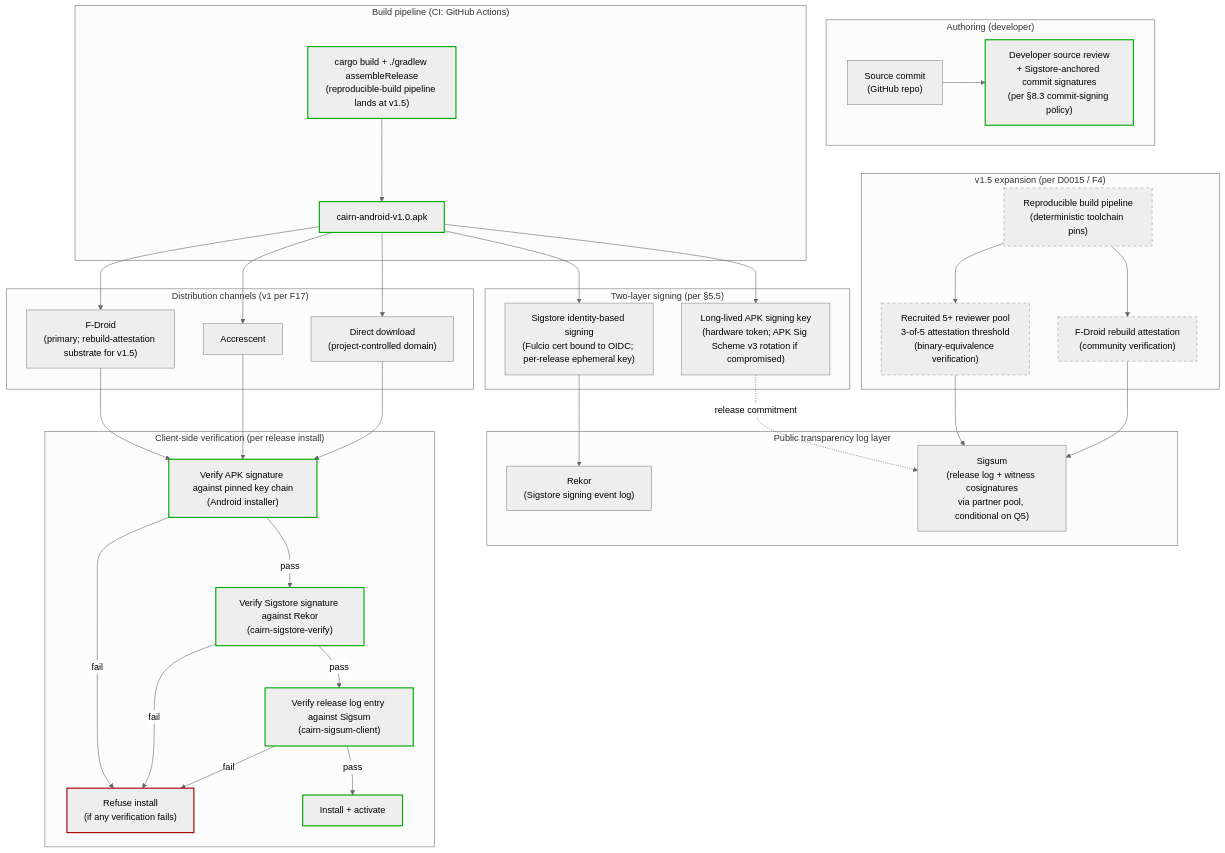
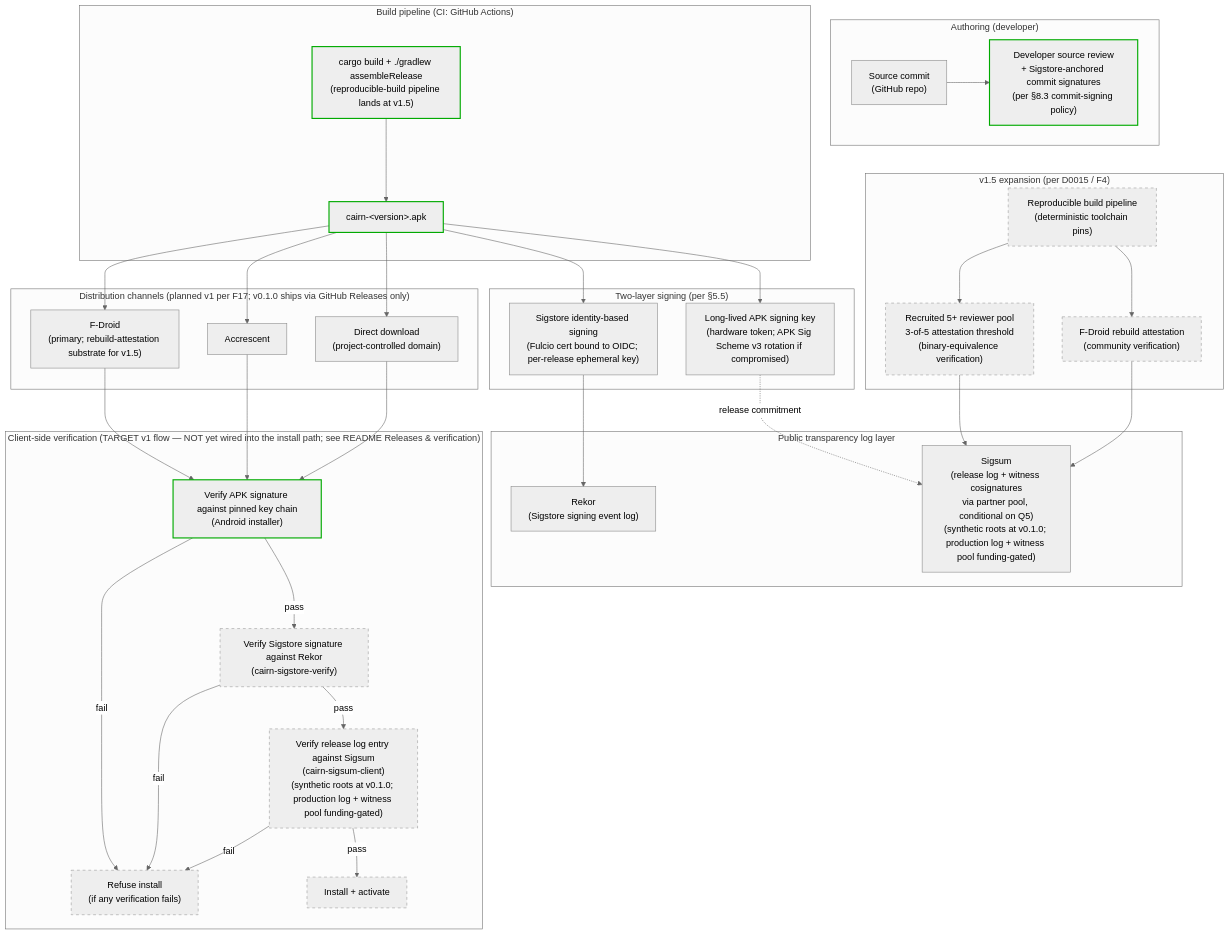
One commit to wlcarden/cairn-messenger changed the sixth of 8 diagrams in docs/architecture-diagrams.md. Above: the diagram before and after it, drawn with Mermaid (neutral theme). The commit also changed other lines of this file and 13 other files, not shown here.

````diff
--- a/docs/architecture-diagrams.md
+++ b/docs/architecture-diagrams.md
@@ -356,78 +356,76 @@
 ```mermaid
 flowchart TB
     subgraph Authoring["Authoring (developer)"]
         Source["Source commit<br/>(GitHub repo)"]
         DevReview["Developer source review<br/>+ Sigstore-anchored commit signatures<br/>(per §8.3 commit-signing policy)"]
         Source --> DevReview
     end
 
     subgraph BuildPipeline["Build pipeline (CI: GitHub Actions)"]
         Build["cargo build + ./gradlew assembleRelease<br/>(reproducible-build pipeline lands at v1.5)"]
-        Artifact["cairn-android-v1.0.apk"]
+        Artifact["cairn-&lt;version&gt;.apk"]
         Build --> Artifact
     end
 
     subgraph Signing["Two-layer signing (per §5.5)"]
         APKKey["Long-lived APK signing key<br/>(hardware token; APK Sig Scheme v3 rotation if compromised)"]
         Sigstore["Sigstore identity-based signing<br/>(Fulcio cert bound to OIDC; per-release ephemeral key)"]
         Artifact --> APKKey
         Artifact --> Sigstore
     end
 
     subgraph PublicLog["Public transparency log layer"]
         Rekor["Rekor<br/>(Sigstore signing event log)"]
-        Sigsum["Sigsum<br/>(release log + witness cosignatures<br/>via partner pool, conditional on Q5)"]
+        Sigsum["Sigsum<br/>(release log + witness cosignatures<br/>via partner pool, conditional on Q5)<br/>(synthetic roots at v0.1.0; production log + witness pool funding-gated)"]
         Sigstore --> Rekor
         APKKey -.->|"release commitment"| Sigsum
     end
 
-    subgraph Distribution["Distribution channels (v1 per F17)"]
+    subgraph Distribution["Distribution channels (planned v1 per F17; v0.1.0 ships via GitHub Releases only)"]
         FDroid["F-Droid<br/>(primary; rebuild-attestation substrate for v1.5)"]
         Accrescent["Accrescent"]
         DirectDL["Direct download<br/>(project-controlled domain)"]
 
         Artifact --> FDroid
         Artifact --> Accrescent
         Artifact --> DirectDL
     end
 
-    subgraph ClientVerify["Client-side verification (per release install)"]
+    subgraph ClientVerify["Client-side verification (TARGET v1 flow — NOT yet wired into the install path; see README Releases & verification)"]
         VerifyAPK["Verify APK signature against pinned key chain<br/>(Android installer)"]
         VerifySigstore["Verify Sigstore signature against Rekor<br/>(cairn-sigstore-verify)"]
-        VerifySigsum["Verify release log entry against Sigsum<br/>(cairn-sigsum-client)"]
+        VerifySigsum["Verify release log entry against Sigsum<br/>(cairn-sigsum-client)<br/>(synthetic roots at v0.1.0; production log + witness pool funding-gated)"]
         Refuse["Refuse install<br/>(if any verification fails)"]
         Install["Install + activate"]
 
         FDroid --> VerifyAPK
         Accrescent --> VerifyAPK
         DirectDL --> VerifyAPK
 
         VerifyAPK -->|"pass"| VerifySigstore
         VerifyAPK -->|"fail"| Refuse
         VerifySigstore -->|"pass"| VerifySigsum
         VerifySigstore -->|"fail"| Refuse
         VerifySigsum -->|"pass"| Install
         VerifySigsum -->|"fail"| Refuse
     end
 
     subgraph V15Expansion["v1.5 expansion (per D0015 / F4)"]
         ReproBuild["Reproducible build pipeline<br/>(deterministic toolchain pins)"]
         ReviewerPool["Recruited 5+ reviewer pool<br/>3-of-5 attestation threshold<br/>(binary-equivalence verification)"]
         FDroidRebuild["F-Droid rebuild attestation<br/>(community verification)"]
 
         ReproBuild --> ReviewerPool
         ReproBuild --> FDroidRebuild
         ReviewerPool --> Sigsum
         FDroidRebuild --> Sigsum
     end
 
     classDef projectComponent stroke:#0a0,stroke-width:2px
     classDef external stroke:#888
     classDef v15 stroke-dasharray: 5 5
-    classDef failPath stroke:#a00,stroke-width:2px
 
-    class DevReview,Build,Artifact,VerifyAPK,VerifySigstore,VerifySigsum,Install projectComponent
+    class DevReview,Build,Artifact,VerifyAPK projectComponent
     class Source,APKKey,Sigstore,Rekor,Sigsum,FDroid,Accrescent,DirectDL external
-    class ReproBuild,ReviewerPool,FDroidRebuild v15
-    class Refuse failPath
+    class ReproBuild,ReviewerPool,FDroidRebuild,VerifySigstore,VerifySigsum,Refuse,Install v15
 ```
````
